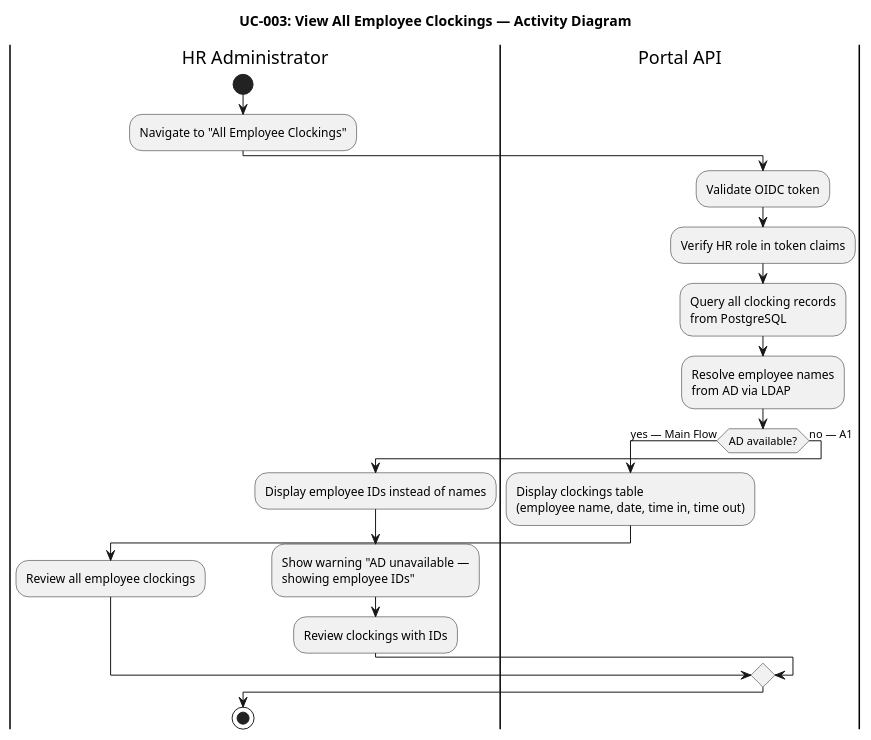
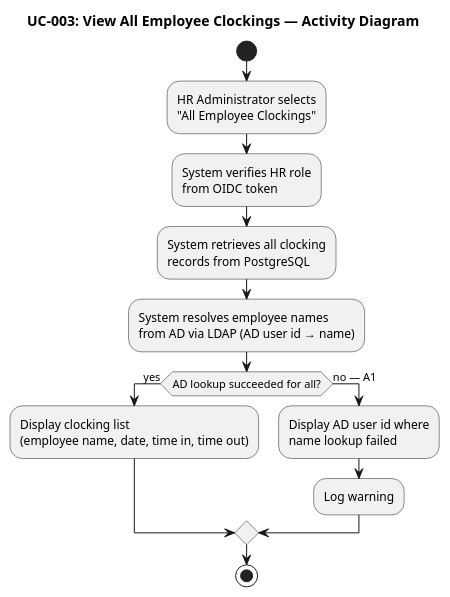
The fourth of 12 diagrams in docs/artifacts/requirements/use-case-model.md (banense-test/portal-cuba-corp), drawn with PlantUML before and after one commit. The commit also changed other lines of this file, not shown here.

First line of the commit message:
System Analyst [C2]: upsert Use-Case Model

````diff
--- a/docs/artifacts/requirements/use-case-model.md
+++ b/docs/artifacts/requirements/use-case-model.md
@@ -313,25 +244,24 @@
 ```plantuml
 @startuml
 title UC-003: View All Employee Clockings — Activity Diagram
 
-|HR Administrator|
 start
-:Navigate to "All Employee Clockings";
-|Portal API|
-:Validate OIDC token;
-:Verify HR role in token claims;
-:Query all clocking records\nfrom PostgreSQL;
-:Resolve employee names\nfrom AD via LDAP;
-if (AD available?) then (yes — Main Flow)
-  :Display clockings table\n(employee name, date, time in, time out);
-  |HR Administrator|
-  :Review all employee clockings;
+:HR Administrator selects
+"All Employee Clockings";
+:System verifies HR role
+from OIDC token;
+:System retrieves all clocking
+records from PostgreSQL;
+:System resolves employee names
+from AD via LDAP (AD user id → name);
+if (AD lookup succeeded for all?) then (yes)
+  :Display clocking list
+  (employee name, date, time in, time out);
 else (no — A1)
-  :Display employee IDs instead of names;
-  :Show warning "AD unavailable —\nshowing employee IDs";
-  |HR Administrator|
-  :Review clockings with IDs;
+  :Display AD user id where
+  name lookup failed;
+  :Log warning;
 endif
 stop
 @enduml
 ```
````
